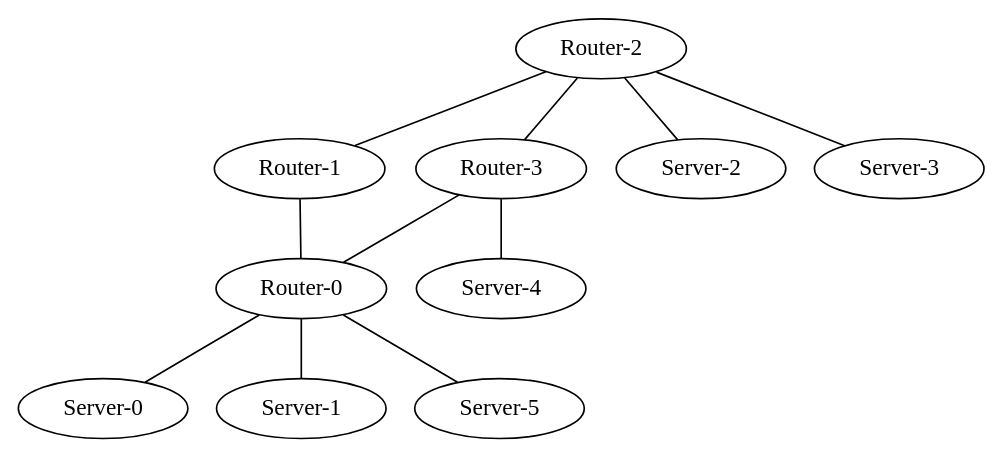
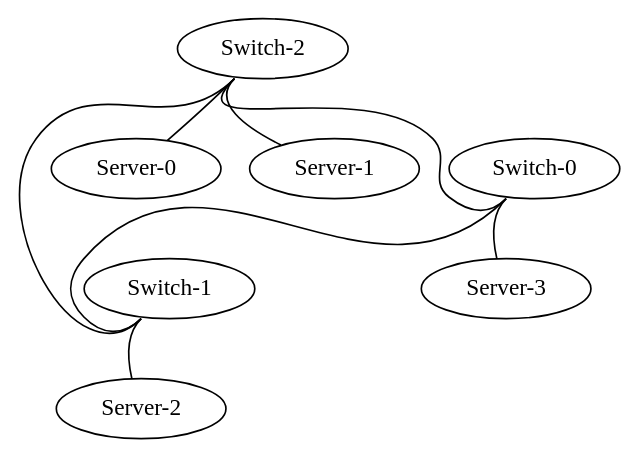
The diagram in TopologyGen/TopologyInfo/topology.dot (matferronato/TopologyGen), drawn with Graphviz before and after one commit. The commit also changed 65 other files, not shown here.

```diff
--- a/TopologyGen/TopologyInfo/topology.dot
+++ b/TopologyGen/TopologyInfo/topology.dot
@@ -1,22 +1,16 @@
 graph vx {
-"Router-0" [function="leaf" vagrant="eth1" os="hashicorp/bionic64" version="1.0.282" memory="500" config="./helper_scripts/config_production_switch.sh" ]
-"Router-1" [function="leaf" vagrant="eth1" os="hashicorp/bionic64" version="1.0.282" memory="500" config="./helper_scripts/config_production_switch.sh" ]
-"Router-2" [function="leaf" vagrant="eth1" os="hashicorp/bionic64" version="1.0.282" memory="500" config="./helper_scripts/config_production_switch.sh" ]
-"Router-3" [function="leaf" vagrant="eth1" os="hashicorp/bionic64" version="1.0.282" memory="500" config="./helper_scripts/config_production_switch.sh" ]
 "Server-0" [function="leaf" vagrant="eth1" os="hashicorp/bionic64" version="1.0.282" memory="500" config="./helper_scripts/config_production_switch.sh" ]
 "Server-1" [function="leaf" vagrant="eth1" os="hashicorp/bionic64" version="1.0.282" memory="500" config="./helper_scripts/config_production_switch.sh" ]
 "Server-2" [function="leaf" vagrant="eth1" os="hashicorp/bionic64" version="1.0.282" memory="500" config="./helper_scripts/config_production_switch.sh" ]
 "Server-3" [function="leaf" vagrant="eth1" os="hashicorp/bionic64" version="1.0.282" memory="500" config="./helper_scripts/config_production_switch.sh" ]
-"Server-4" [function="leaf" vagrant="eth1" os="hashicorp/bionic64" version="1.0.282" memory="500" config="./helper_scripts/config_production_switch.sh" ]
-"Server-5" [function="leaf" vagrant="eth1" os="hashicorp/bionic64" version="1.0.282" memory="500" config="./helper_scripts/config_production_switch.sh" ]
-"Router-0":"eth1" -- "Server-5":"eth100"
-"Router-0":"eth2" -- "Server-0":"eth100"
-"Router-0":"eth3" -- "Server-1":"eth100"
-"Router-2":"eth1" -- "Server-2":"eth100"
-"Router-2":"eth2" -- "Server-3":"eth100"
-"Router-3":"eth1" -- "Server-4":"eth100"
-"Router-2":"eth100" -- "Router-3":"eth100"
-"Router-3":"eth101" -- "Router-0":"eth100"
-"Router-1":"eth100" -- "Router-0":"eth101"
-"Router-2":"eth101" -- "Router-1":"eth101"
+"Switch-0" [function="leaf" vagrant="eth1" os="hashicorp/bionic64" version="1.0.282" memory="500" config="./helper_scripts/config_production_switch.sh" ]
+"Switch-1" [function="leaf" vagrant="eth1" os="hashicorp/bionic64" version="1.0.282" memory="500" config="./helper_scripts/config_production_switch.sh" ]
+"Switch-2" [function="leaf" vagrant="eth1" os="hashicorp/bionic64" version="1.0.282" memory="500" config="./helper_scripts/config_production_switch.sh" ]
+"Switch-0":"swp1" -- "Server-3":"eth50"
+"Switch-0":"swp50" -- "Switch-1":"swp50"
+"Switch-1":"swp1" -- "Server-2":"eth50"
+"Switch-1":"swp51" -- "Switch-2":"swp50"
+"Switch-2":"swp1" -- "Server-1":"eth50"
+"Switch-2":"swp2" -- "Server-0":"eth50"
+"Switch-2":"swp51" -- "Switch-0":"swp51"
 }
```
